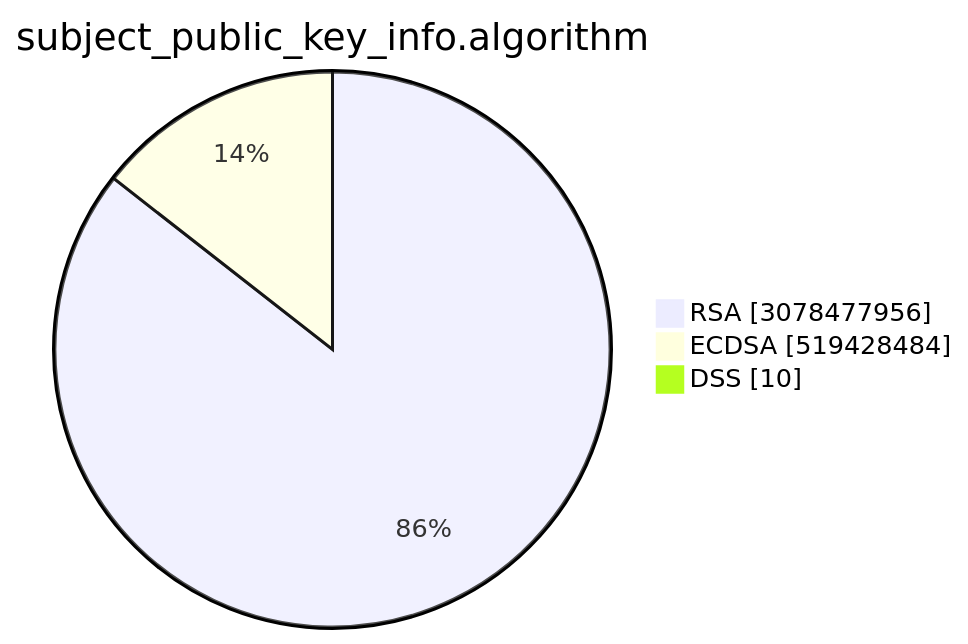
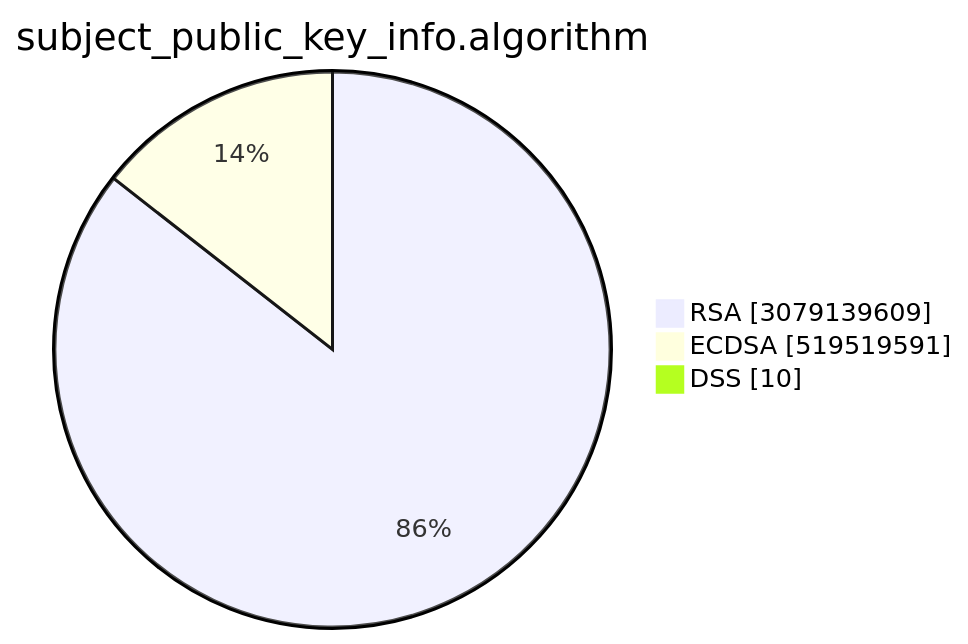
The second of 15 diagrams in TOTAL/README.md (christiankrug/ctmonitor_visualization), drawn with Mermaid before and after one commit. The commit also changed other lines of this file, not shown here.

````diff
--- a/TOTAL/README.md
+++ b/TOTAL/README.md
@@ -6,7 +6,7 @@
 ```mermaid
 pie showData
 title subject_public_key_info.algorithm
-"RSA" :3078477956
-"ECDSA" :519428484
+"RSA" :3079139609
+"ECDSA" :519519591
 "DSS" :10
 ```
````
